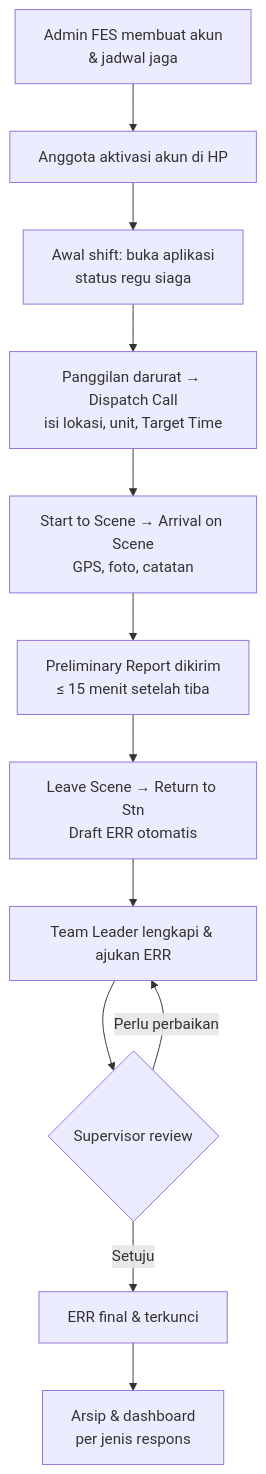
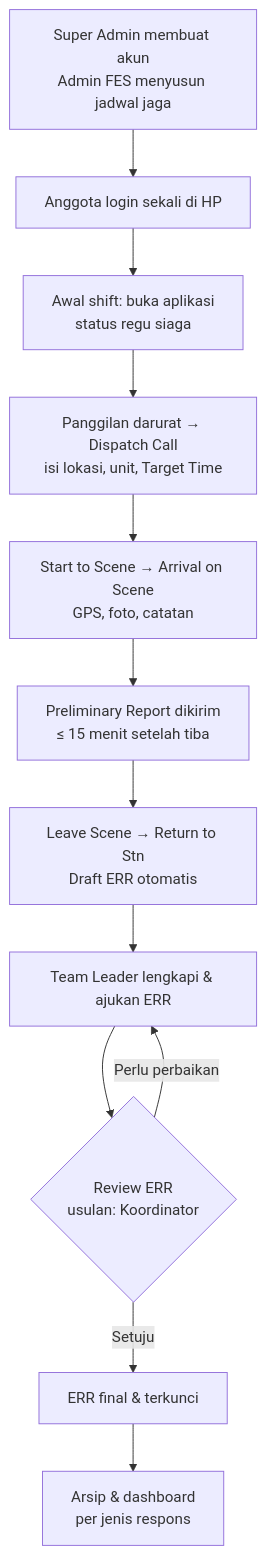
The first of 2 diagrams in PRD.md (Ghyland17/leoghynizm), drawn with Mermaid before and after one commit. The commit also changed other lines of this file, not shown here.

````diff
--- a/PRD.md
+++ b/PRD.md
@@ -529,14 +583,14 @@
 ```mermaid
 flowchart TD
-  A[Admin FES membuat akun<br/>& jadwal jaga] --> B[Anggota aktivasi akun di HP]
+  A[Super Admin membuat akun<br/>Admin FES menyusun jadwal jaga] --> B[Anggota login sekali di HP]
   B --> C[Awal shift: buka aplikasi<br/>status regu siaga]
   C --> D[Panggilan darurat → Dispatch Call<br/>isi lokasi, unit, Target Time]
   D --> E[Start to Scene → Arrival on Scene<br/>GPS, foto, catatan]
   E --> F[Preliminary Report dikirim<br/>≤ 15 menit setelah tiba]
   F --> G[Leave Scene → Return to Stn<br/>Draft ERR otomatis]
   G --> H[Team Leader lengkapi & ajukan ERR]
-  H --> I{Supervisor review}
+  H --> I{Review ERR<br/>usulan: Koordinator}
   I -- Perlu perbaikan --> H
   I -- Setuju --> J[ERR final & terkunci]
   J --> K[Arsip & dashboard<br/>per jenis respons]
 ```
````
